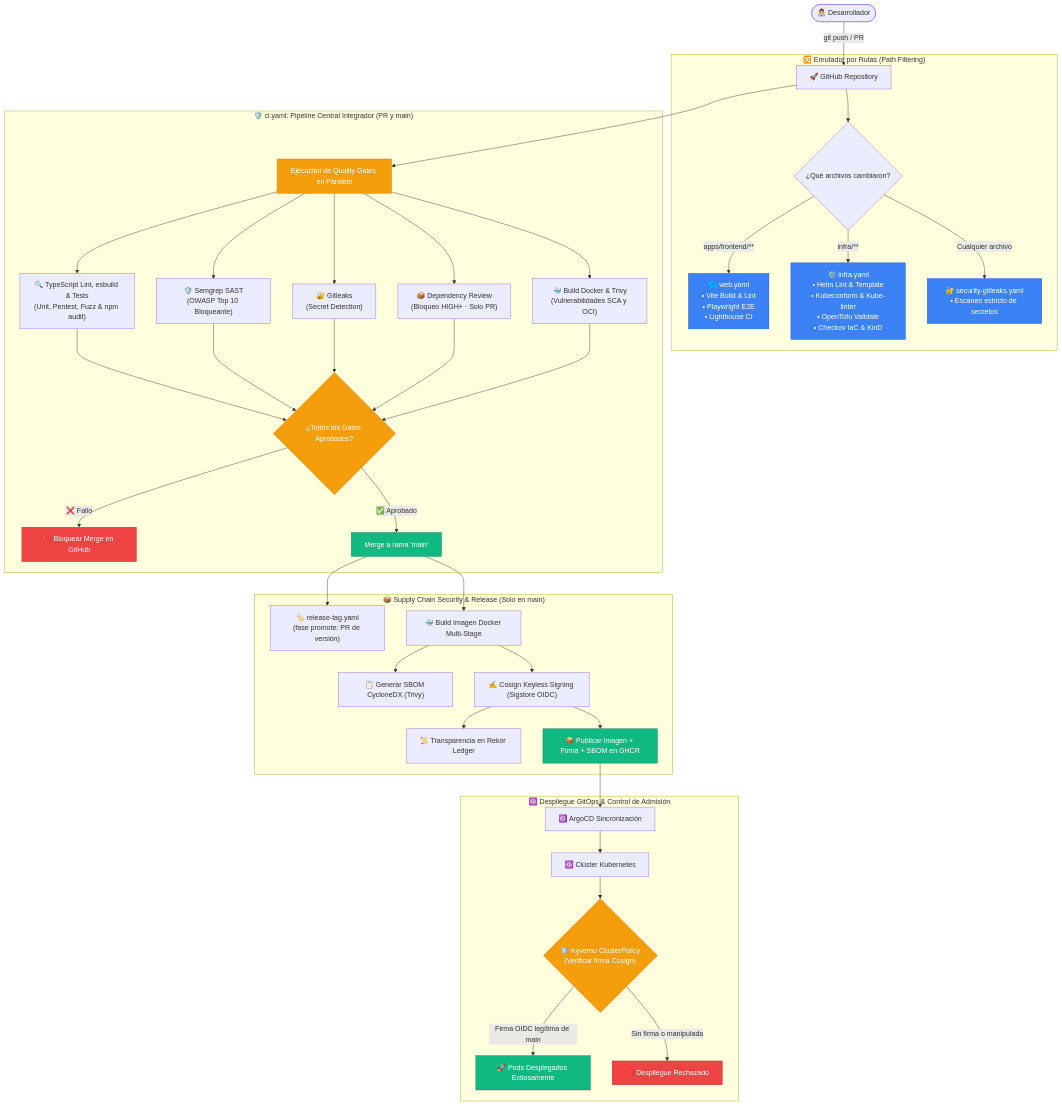
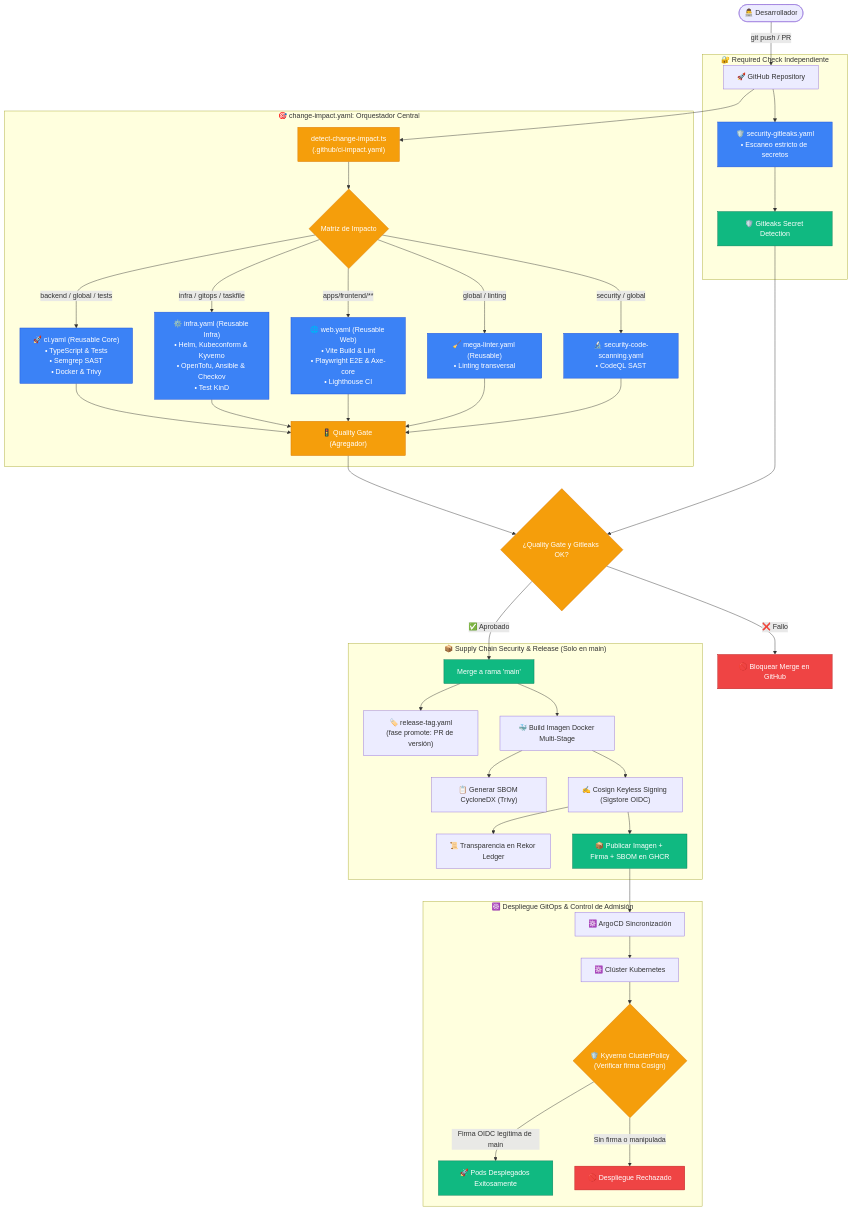
Before and after one commit to rocapellino/pokedex: the diagram in docs/devops/GITHUB_WORKFLOWS_GUIDE.md, drawn with Mermaid. The commit also changed other lines of this file and 3 other files, not shown here.

Commit message:
refactor(github): sanear gobernanza de .github, endurecer trust boundary y documentar orquestador (#453)

````diff
--- a/docs/devops/GITHUB_WORKFLOWS_GUIDE.md
+++ b/docs/devops/GITHUB_WORKFLOWS_GUIDE.md
@@ -41,51 +49,54 @@
 ```mermaid
 flowchart TD
     DEV(["👨‍💻 Desarrollador"]) -->|git push / PR| GH["🚀 GitHub Repository"]
 
-    subgraph TRIGGER_ROUTER ["🔀 Enrutador por Rutas (Path Filtering)"]
-        GH --> CHK_PATH{"¿Qué archivos cambiaron?"}
-        CHK_PATH -->|apps/frontend/**| WF_WEB["🌐 web.yaml\n• Vite Build & Lint\n• Playwright E2E\n• Lighthouse CI"]
-        CHK_PATH -->|infra/**| WF_INFRA["⚙️ infra.yaml\n• Helm Lint & Template\n• Kubeconform & Kube-linter\n• OpenTofu Validate\n• Checkov IaC & KinD"]
-        CHK_PATH -->|Cualquier archivo| WF_LEAKS["🔐 security-gitleaks.yaml\n• Escaneo estricto de secretos"]
+    subgraph SEC_INDEPENDENT ["🔐 Required Check Independiente"]
+        GH --> WF_LEAKS["🛡️ security-gitleaks.yaml\n• Escaneo estricto de secretos"]
+        WF_LEAKS --> CHK_LEAKS["🛡️ Gitleaks Secret Detection"]
     end
 
-    subgraph CI_PIPELINE ["🛡️ ci.yaml: Pipeline Central Integrador (PR y main)"]
-        GH --> GATES_PARALLEL["Ejecución de Quality Gates en Paralelo"]
-        GATES_PARALLEL --> QG1["🔍 TypeScript Lint, esbuild & Tests\n(Unit, Pentest, Fuzz & npm audit)"]
-        GATES_PARALLEL --> QG2["🛡️ Semgrep SAST\n(OWASP Top 10 Bloqueante)"]
-        GATES_PARALLEL --> QG3["🔐 Gitleaks\n(Secret Detection)"]
-        GATES_PARALLEL --> QG4["📦 Dependency Review\n(Bloqueo HIGH+ · Solo PR)"]
-        GATES_PARALLEL --> QG5["🐳 Build Docker & Trivy\n(Vulnerabilidades SCA y OCI)"]
+    subgraph ORCHESTRATOR ["🎯 change-impact.yaml: Orquestador Central"]
+        GH --> DETECT["detect-change-impact.ts\n(.github/ci-impact.yaml)"]
+        DETECT --> ROUTER{"Matriz de Impacto"}
 
-        QG1 & QG2 & QG3 & QG4 & QG5 --> GATE_DECISION{"¿Todos los Gates Aprobados?"}
-        GATE_DECISION -->|❌ Fallo| BLOCK_PR["🚫 Bloquear Merge en GitHub"]
-        GATE_DECISION -->|✅ Aprobado| MERGE_MAIN["Merge a rama 'main'"]
+        ROUTER -->|backend / global / tests| WF_CI["🚀 ci.yaml (Reusable Core)\n• TypeScript & Tests\n• Semgrep SAST\n• Docker & Trivy"]
+        ROUTER -->|infra / gitops / taskfile| WF_INFRA["⚙️ infra.yaml (Reusable Infra)\n• Helm, Kubeconform & Kyverno\n• OpenTofu, Ansible & Checkov\n• Test KinD"]
+        ROUTER -->|apps/frontend/**| WF_WEB["🌐 web.yaml (Reusable Web)\n• Vite Build & Lint\n• Playwright E2E & Axe-core\n• Lighthouse CI"]
+        ROUTER -->|global / linting| WF_MEGA["🧹 mega-linter.yaml (Reusable)\n• Linting transversal"]
+        ROUTER -->|security / global| WF_SCAN["🔬 security-code-scanning.yaml\n• CodeQL SAST"]
+
+        WF_CI & WF_INFRA & WF_WEB & WF_MEGA & WF_SCAN --> QG["🚦 Quality Gate (Agregador)"]
     end
 
+    QG --> QG_DECISION{"¿Quality Gate y Gitleaks OK?"}
+    CHK_LEAKS --> QG_DECISION
+    QG_DECISION -->|❌ Fallo| BLOCK_PR["🚫 Bloquear Merge en GitHub"]
+    QG_DECISION -->|✅ Aprobado| MERGE_MAIN["Merge a rama 'main'"]
+
     subgraph SUPPLY_CHAIN ["📦 Supply Chain Security & Release (Solo en main)"]
-        MERGE_MAIN --> BUMP["🏷️ release-tag.yaml<br/>(fase promote: PR de versión)"]
+        MERGE_MAIN --> BUMP["🏷️ release-tag.yaml\n(fase promote: PR de versión)"]
         MERGE_MAIN --> DOCKER_BUILD["🐳 Build Imagen Docker Multi-Stage"]
         DOCKER_BUILD --> SYFT_SBOM["📋 Generar SBOM CycloneDX (Trivy)"]
         DOCKER_BUILD --> COSIGN_SIGN["✍️ Cosign Keyless Signing (Sigstore OIDC)"]
         COSIGN_SIGN --> REKOR["📜 Transparencia en Rekor Ledger"]
         COSIGN_SIGN --> PUSH_GHCR["📦 Publicar Imagen + Firma + SBOM en GHCR"]
     end
 
     subgraph DEPLOYMENT ["☸️ Despliegue GitOps & Control de Admisión"]
         PUSH_GHCR --> ARGO["☸️ ArgoCD Sincronización"]
         ARGO --> K8S["☸️ Clúster Kubernetes"]
         K8S --> KYVERNO{"🛡️ Kyverno ClusterPolicy\n(Verificar firma Cosign)"}
         KYVERNO -->|Firma OIDC legítima de main| DEPLOY_OK["🚀 Pods Desplegados Exitosamente"]
         KYVERNO -->|Sin firma o manipulada| DEPLOY_FAIL["🚫 Despliegue Rechazado"]
     end
 
     classDef normal fill:#3b82f6,stroke:#1d4ed8,color:#fff;
     classDef gate fill:#f59e0b,stroke:#d97706,color:#fff;
     classDef success fill:#10b981,stroke:#047857,color:#fff;
     classDef error fill:#ef4444,stroke:#b91c1c,color:#fff;
 
-    class WF_WEB,WF_INFRA,WF_LEAKS normal;
-    class GATES_PARALLEL,GATE_DECISION,KYVERNO gate;
-    class MERGE_MAIN,PUSH_GHCR,DEPLOY_OK success;
+    class WF_WEB,WF_INFRA,WF_LEAKS,WF_CI,WF_MEGA,WF_SCAN normal;
+    class DETECT,ROUTER,QG,QG_DECISION,KYVERNO gate;
+    class MERGE_MAIN,PUSH_GHCR,DEPLOY_OK,CHK_LEAKS success;
     class BLOCK_PR,DEPLOY_FAIL error;
 ```
````
